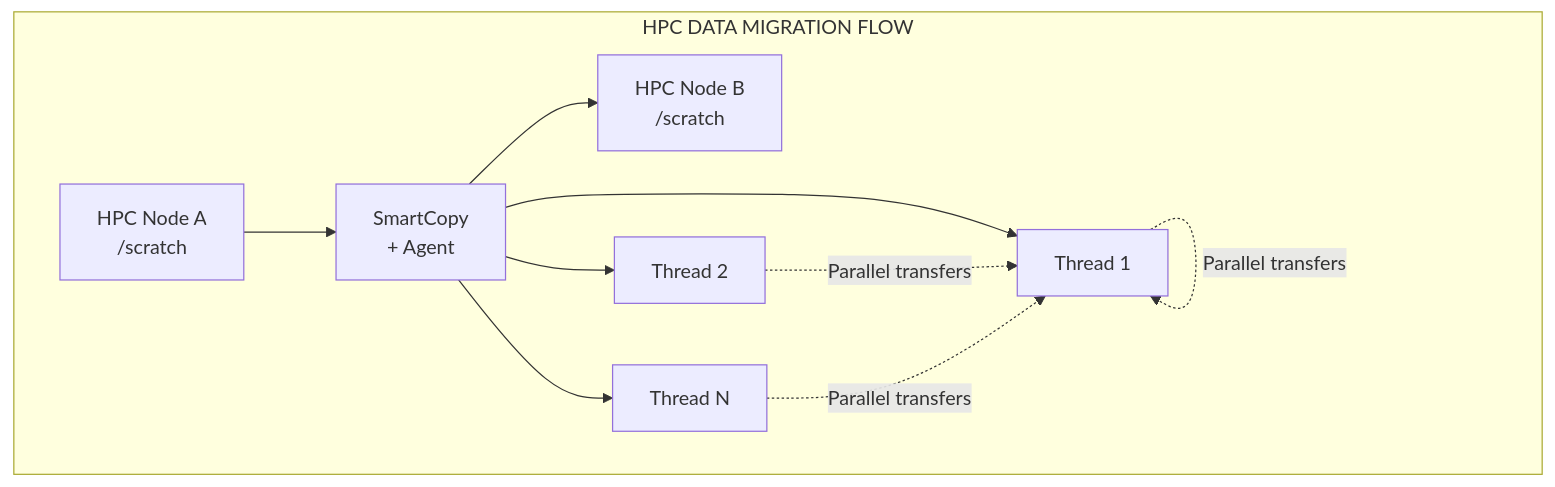
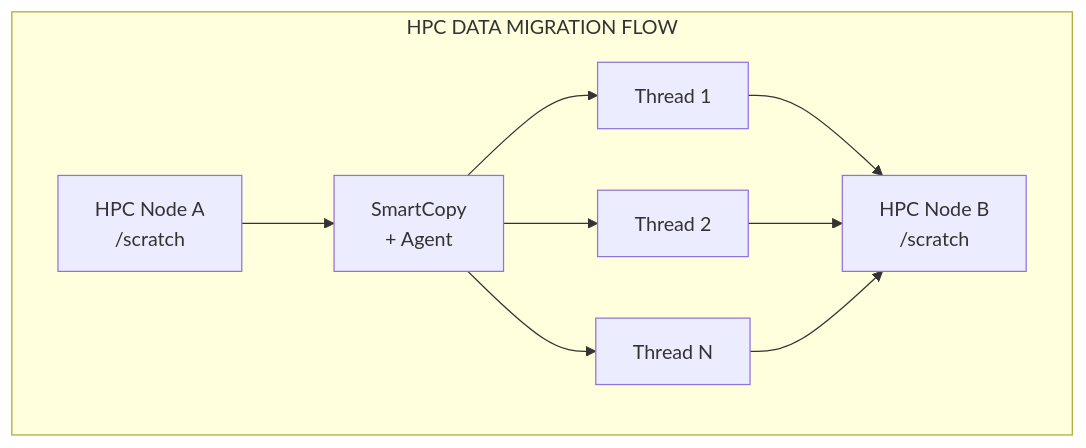
One commit to gustcol/smartcopy changed the second of 9 diagrams in README.md. Above: the diagram before and after it, drawn with Mermaid. The commit also changed other lines of this file, not shown here.

````diff
--- a/README.md
+++ b/README.md
@@ -221,11 +221,10 @@
 ```mermaid
 flowchart TD
     subgraph HPC_MIGRATION["HPC DATA MIGRATION FLOW"]
         A[HPC Node A<br>/scratch] --> C[SmartCopy<br>+ Agent]
-        C --> B[HPC Node B<br>/scratch]
         C --> T1[Thread 1]
         C --> T2[Thread 2]
         C --> TN[Thread N]
-        T1 & T2 & TN -.-> |Parallel transfers| T1
+        T1 & T2 & TN --> B[HPC Node B<br>/scratch]
     end
 ```
````
